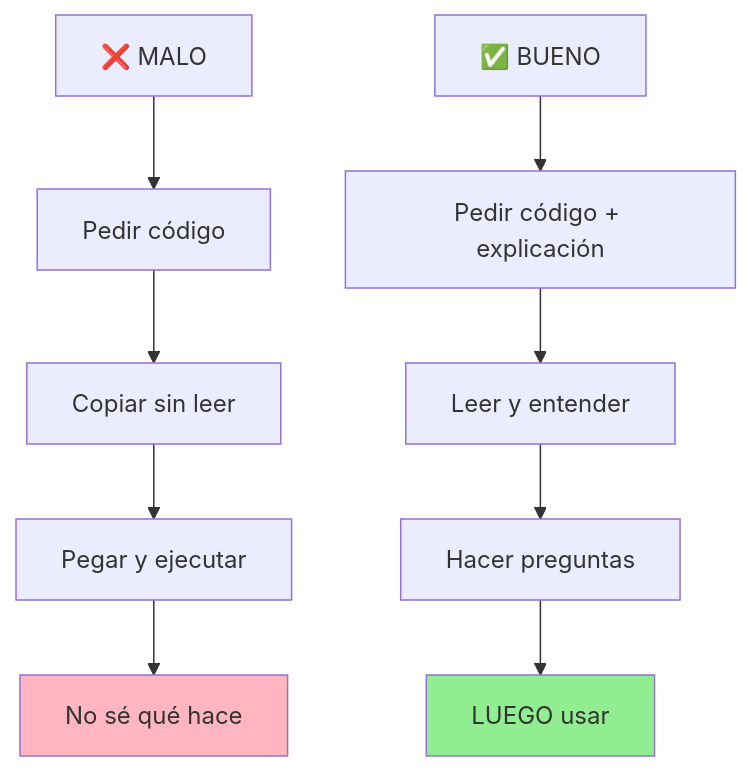
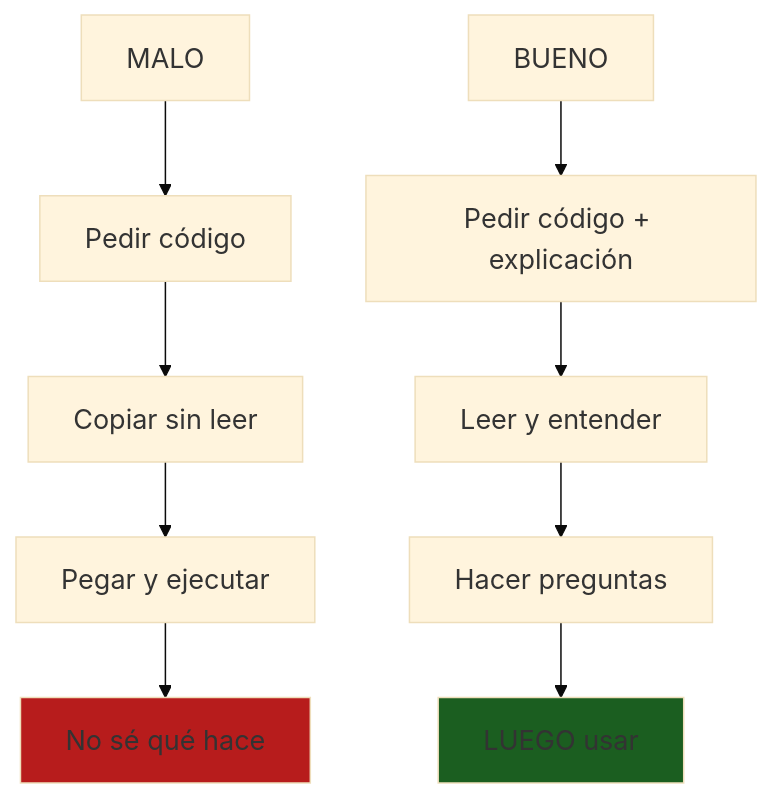
Before and after one commit to Ai-Whisperers/Courses-Content: the sixth of 8 diagrams in courses/🟡-development/FPUNA-2026/00-FUNDAMENTOS-PRINCIPALES/06-patrones-flujo-trabajo.md, drawn with Mermaid. The commit also changed other lines of this file and 47 other files, not shown here.

First line of the commit message:
fix: Make all 473 diagrams WCAG AAA accessible (FPUNA-2026)

````diff
--- a/courses/🟡-development/FPUNA-2026/00-FUNDAMENTOS-PRINCIPALES/06-patrones-flujo-trabajo.md
+++ b/courses/🟡-development/FPUNA-2026/00-FUNDAMENTOS-PRINCIPALES/06-patrones-flujo-trabajo.md
@@ -268,15 +273,16 @@
 ```mermaid
+%%{init: {'theme':'base', 'themeVariables': {'fontSize':'18px'}}}%%
 graph TD
-    A[❌ MALO] --> B[Pedir código]
+    A[MALO] --> B[Pedir código]
     B --> C[Copiar sin leer]
     C --> D[Pegar y ejecutar]
     D --> E[No sé qué hace]
     
-    F[✅ BUENO] --> G[Pedir código + explicación]
+    F[BUENO] --> G[Pedir código + explicación]
     G --> H[Leer y entender]
     H --> I[Hacer preguntas]
     I --> J[LUEGO usar]
     
-    style E fill:#FFB6C1
-    style J fill:#90EE90
+    style E fill:#b71c1c
+    style J fill:#1b5e20
 ```
````
